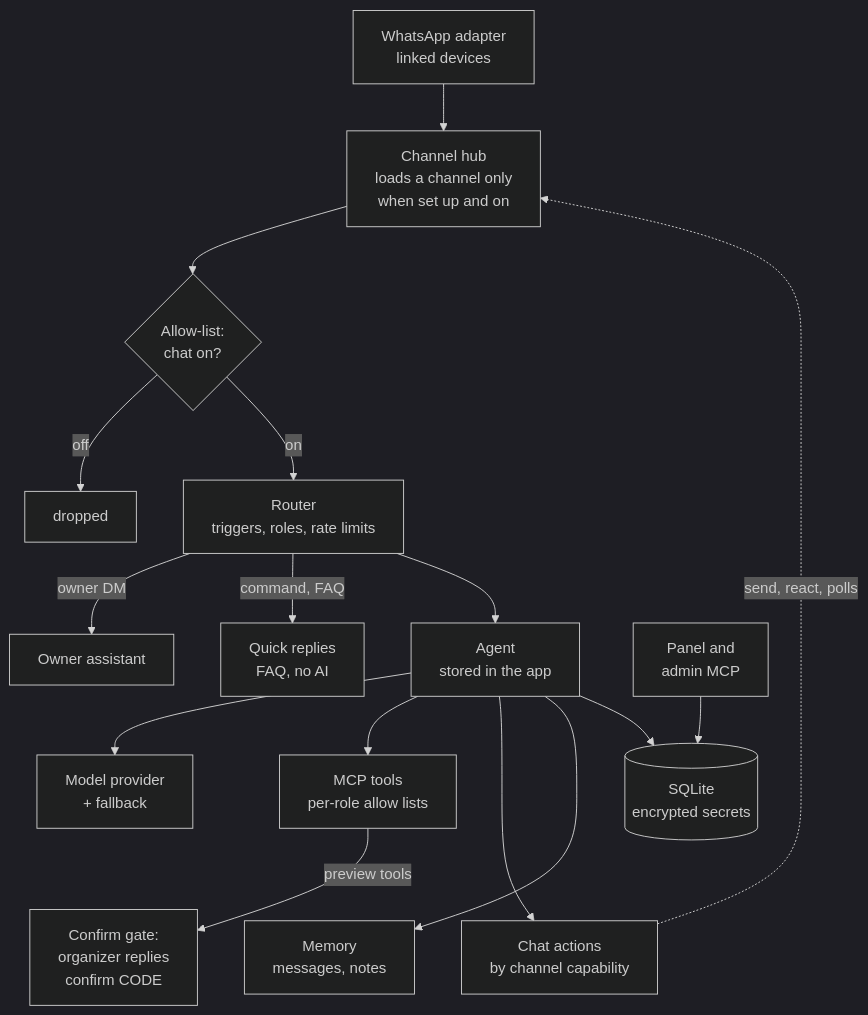
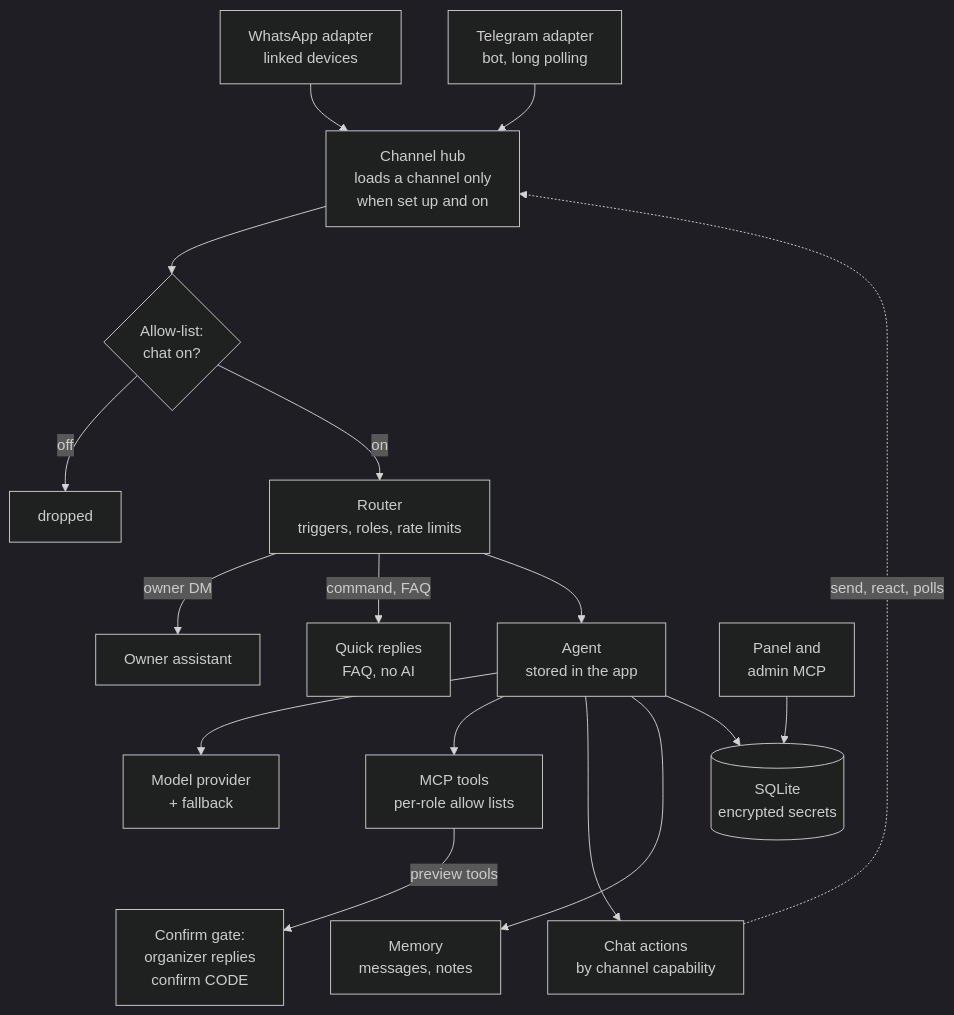
One commit to vikramgorla/duniya changed the diagram in docs/diagrams/architecture.mmd. Above: the diagram before and after it, drawn with Mermaid (dark theme). The commit also changed 95 other files, not shown here.

First line of the commit message:
Telegram (bot) as the second channel (v2.38.0) (#171)

```diff
--- a/docs/diagrams/architecture.mmd
+++ b/docs/diagrams/architecture.mmd
@@ -1,18 +1,19 @@
 flowchart TD
   WA["WhatsApp adapter<br/>linked devices"] --> HUB["Channel hub<br/>loads a channel only<br/>when set up and on"]
+  TG["Telegram adapter<br/>bot, long polling"] --> HUB
   HUB --> AL{"Allow-list:<br/>chat on?"}
   AL -- "off" --> X["dropped"]
   AL -- "on" --> R["Router<br/>triggers, roles, rate limits"]
   R -- "owner DM" --> OA["Owner assistant"]
   R -- "command, FAQ" --> Q["Quick replies<br/>FAQ, no AI"]
   R --> AG["Agent<br/>stored in the app"]
   AG --> M["Model provider<br/>+ fallback"]
   AG --> T["MCP tools<br/>per-role allow lists"]
   AG --> W["Chat actions<br/>by channel capability"]
   T -- "preview tools" --> CG["Confirm gate:<br/>organizer replies<br/>confirm CODE"]
   M ~~~ MEM
   M ~~~ W
   W -. "send, react, polls" .-> HUB
   AG --> MEM["Memory<br/>messages, notes"]
   AG --> DB[("SQLite<br/>encrypted secrets")]
   P["Panel and<br/>admin MCP"] --> DB
```
